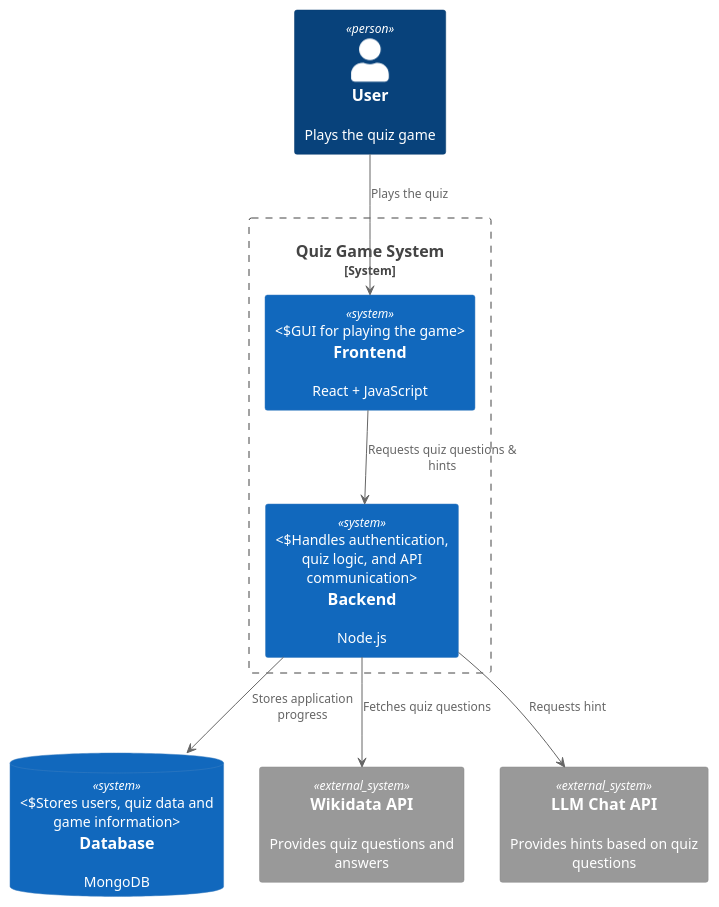
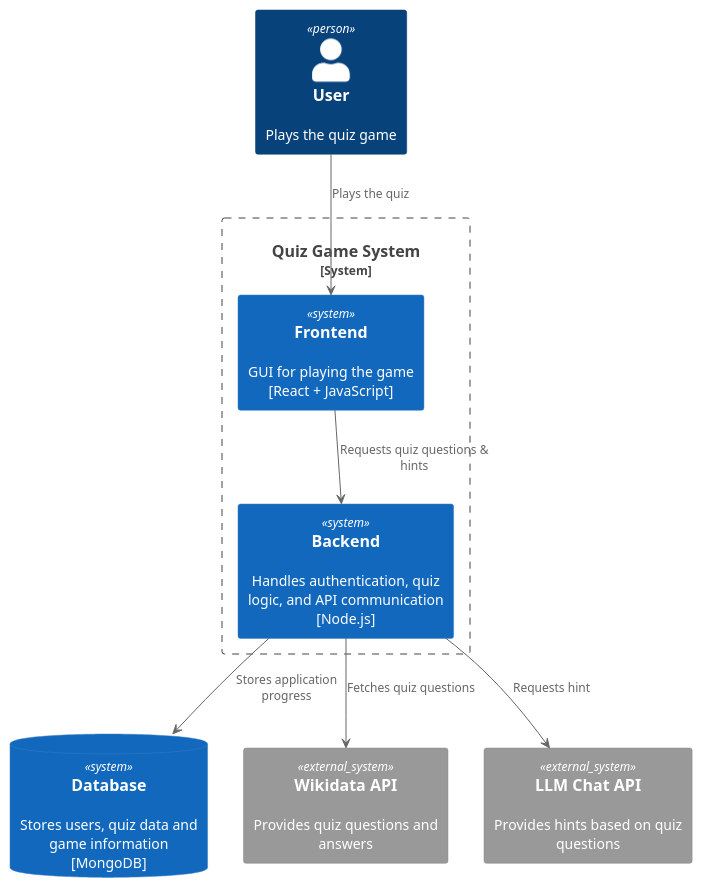
Before and after one commit to Arquisoft/wichat_en1a: the diagram in docs/src/diagrams/S3_C4_Technical_Context_Diagram.puml, drawn with PlantUML. The commit also changed 2 other files, not shown here.

```diff
--- a/docs/src/diagrams/S3_C4_Technical_Context_Diagram.puml
+++ b/docs/src/diagrams/S3_C4_Technical_Context_Diagram.puml
@@ -1,22 +1,22 @@
 @startuml C4_Technical_Context_Diagram
 !include <C4/C4_Context>
 
 Person(user, "User", "Plays the quiz game")
 System_Boundary(quizGame, "Quiz Game System") {
-    System(frontend, "Frontend", "React + JavaScript", "GUI for playing the game")
-    System(backend, "Backend", "Node.js", "Handles authentication, quiz logic, and API communication")
+    System(frontend, "Frontend", "GUI for playing the game\n[React + JavaScript]")
+    System(backend, "Backend", "Handles authentication, quiz logic, and API communication\n[Node.js]")
 }
-SystemDb(database, "Database", "MongoDB", "Stores users, quiz data and game information")
+SystemDb(database, "Database", "Stores users, quiz data and game information\n[MongoDB]")
 System_Ext(wikidata, "Wikidata API", "Provides quiz questions and answers")
 System_Ext(llm, "LLM Chat API", "Provides hints based on quiz questions")
 
 ' User interactions
 user --> frontend : "Plays the quiz"
 frontend --> backend : "Requests quiz questions & hints"
 backend --> database : "Stores application progress"
 
 ' External API calls
 backend --> wikidata : "Fetches quiz questions"
 backend --> llm : "Requests hint"
 
 @enduml
```
